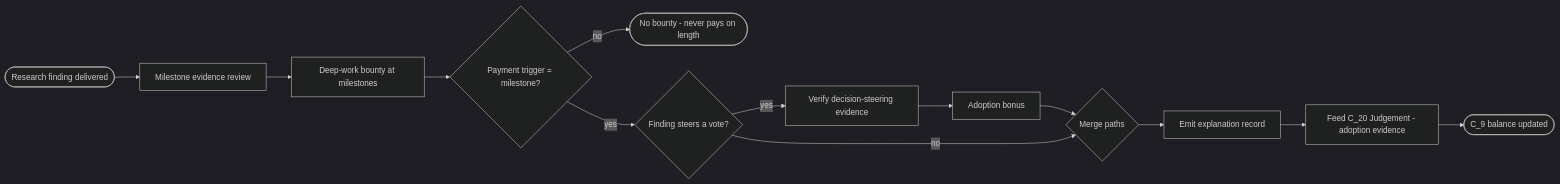
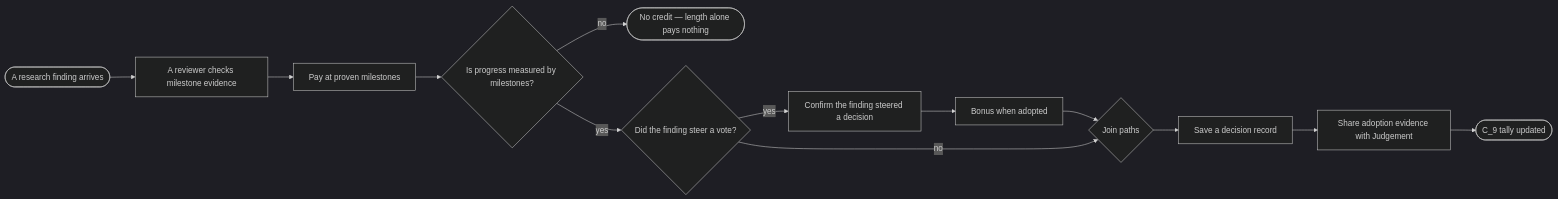
Diagram 12 of 24 in docs/contribution-economy/README.md (vijayee/resonantdao-example), drawn with Mermaid (dark theme) before and after one commit. The commit also changed other lines of this file, not shown here.

````diff
--- a/docs/contribution-economy/README.md
+++ b/docs/contribution-economy/README.md
@@ -224,9 +221,9 @@
 ```mermaid
 flowchart LR
-  S([Research finding delivered]) --> MR[Milestone evidence review] --> DW[Deep-work bounty at milestones] --> G1{Payment trigger = milestone?}
-  G1 -->|no| E1([No bounty - never pays on length])
-  G1 -->|yes| G2{Finding steers a vote?}
-  G2 -->|yes| V[Verify decision-steering evidence] --> AB[Adoption bonus] --> M
-  G2 -->|no| M{Merge paths}
-  M --> RC[Emit explanation record] --> F20[Feed C_20 Judgement - adoption evidence] --> E2([C_9 balance updated])
+  S([A research finding arrives]) --> MR[A reviewer checks milestone evidence] --> DW[Pay at proven milestones] --> G1{Is progress measured by milestones?}
+  G1 -->|no| E1([No credit — length alone pays nothing])
+  G1 -->|yes| G2{Did the finding steer a vote?}
+  G2 -->|yes| V[Confirm the finding steered a decision] --> AB[Bonus when adopted] --> M
+  G2 -->|no| M{Join paths}
+  M --> RC[Save a decision record] --> F20[Share adoption evidence with Judgement] --> E2([C_9 tally updated])
 ```
````
